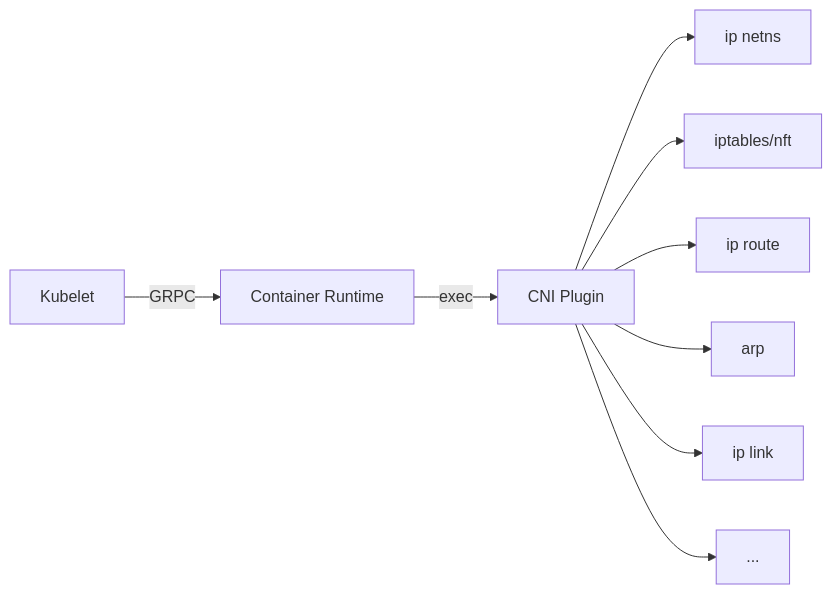
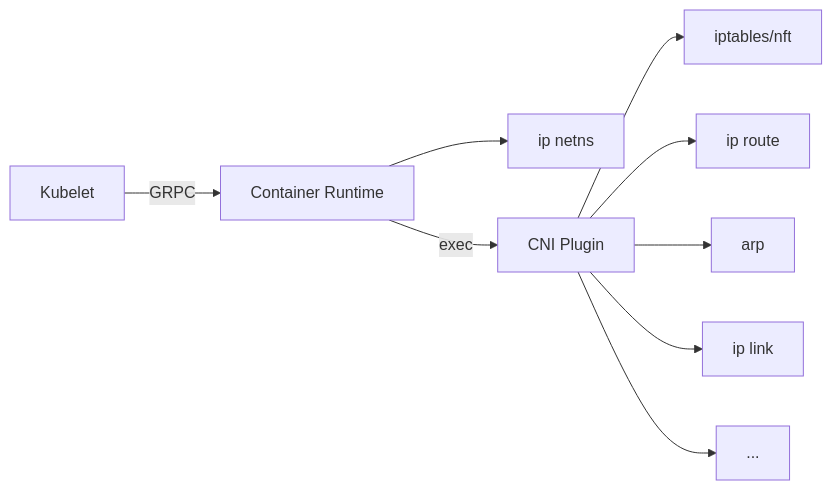
Before and after one commit to tdihp/myakshack: the diagram in mncni/README.md, drawn with Mermaid.

Commit message:
mncni: alter netns description

````diff
--- a/mncni/README.md
+++ b/mncni/README.md
@@ -50,12 +50,12 @@
 ```mermaid
 flowchart LR
 
 Kubelet -->|GRPC| CRT[Container Runtime]
+CRT --> netns[ip netns]
 CRT -->|exec| CNI[CNI Plugin]
-CNI --> netns[ip netns]
 CNI --> ipt[iptables/nft]
 CNI --> route[ip route]
 CNI --> arp
 CNI --> link[ip link]
 CNI --> ...
 ```
````
